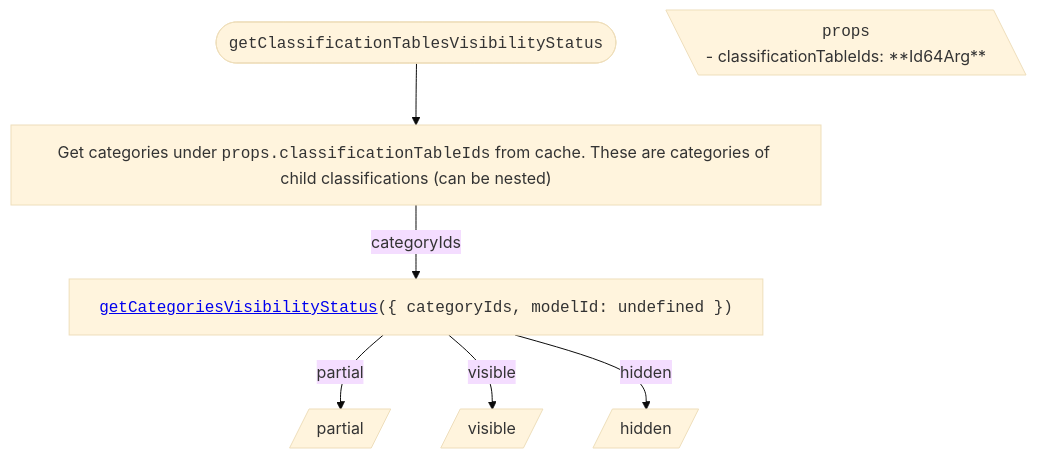
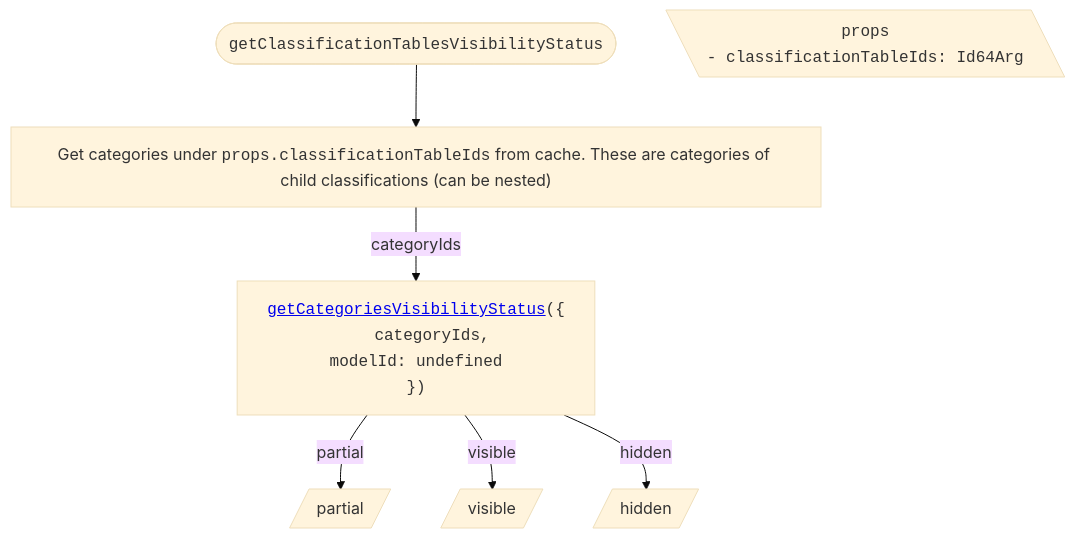
Before and after one commit to iTwin/viewer-components-react: the first of 4 diagrams in packages/itwin/tree-widget/docs/ClassificationsTreeVisibilityHandling.md, drawn with Mermaid (base theme). The commit also changed other lines of this file and 4 other files, not shown here.

````diff
--- a/packages/itwin/tree-widget/docs/ClassificationsTreeVisibilityHandling.md
+++ b/packages/itwin/tree-widget/docs/ClassificationsTreeVisibilityHandling.md
@@ -25,29 +25,32 @@
 ```mermaid
 ---
 config:
   flowchart:
     wrappingWidth: 750
     useMaxWidth: false
 ---
 
 flowchart TD
   RESULT_Partial[/partial/]
   RESULT_Visible[/visible/]
   RESULT_Hidden[/hidden/]
 
 
   %% Start
   TITLE(["<code>getClassificationTablesVisibilityStatus</code>"]) --> A["Get categories under <code>props.classificationTableIds</code> from cache. These are categories of child classifications (can be nested)"]
 
   PROPS[\"
     <code>props</code>
-    <div style='text-align: left;'>- classificationTableIds: **Id64Arg**</div>
+    <code style='text-align: left;'>- classificationTableIds: Id64Arg</code>
   "\]
 
-  A -- categoryIds --> B["<code><a href='./SharedVisibilityHandling.md#getcategoriesvisibilitystatus'>getCategoriesVisibilityStatus</a>({ categoryIds, modelId: undefined })</code>"]
+  A -- categoryIds --> B["<code style='text-align: left;'><a href='./SharedVisibilityHandling.md#getcategoriesvisibilitystatus'>getCategoriesVisibilityStatus</a>({
+    <code style='padding-left: 2rem'>categoryIds,
+    modelId: undefined</code>
+  })</code>"]
 
   %% Results
   B -- partial --> RESULT_Partial
   B -- visible --> RESULT_Visible
   B -- hidden --> RESULT_Hidden
 ```
````
